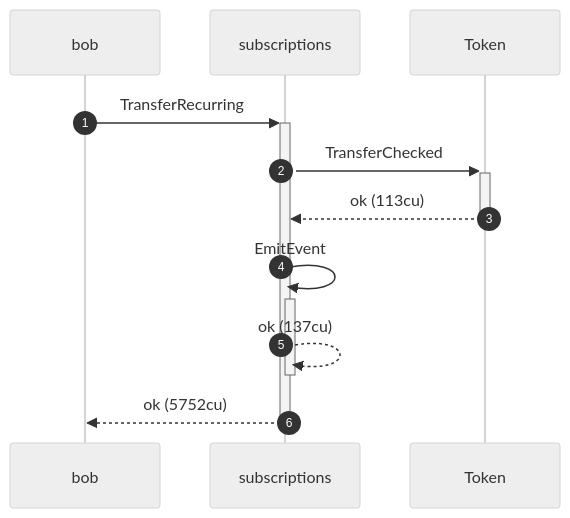
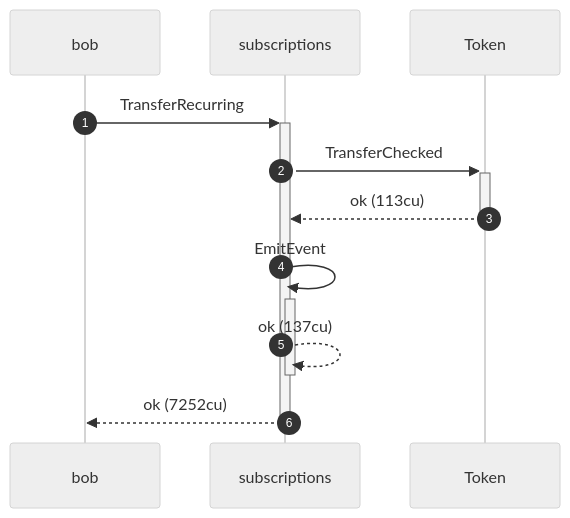
The tenth of 12 diagrams in dsl_tests/a-zero-expiry-means-no-expiry.md (cds-rs/subscriptions), drawn with Mermaid (neutral theme) before and after one commit. The commit also changed other lines of this file and 224 other files, not shown here.

````diff
--- a/dsl_tests/a-zero-expiry-means-no-expiry.md
+++ b/dsl_tests/a-zero-expiry-means-no-expiry.md
@@ -202,13 +211,13 @@
 ```mermaid
 sequenceDiagram
     autonumber
     participant bob
     participant subscriptions
     participant Token
     bob ->>+ subscriptions: TransferRecurring
     subscriptions ->>+ Token: TransferChecked
     Token -->>- subscriptions: ok (113cu)
     subscriptions ->>+ subscriptions: EmitEvent
     subscriptions -->>- subscriptions: ok (137cu)
-    subscriptions -->>- bob: ok (5752cu)
+    subscriptions -->>- bob: ok (7252cu)
 ```
````
